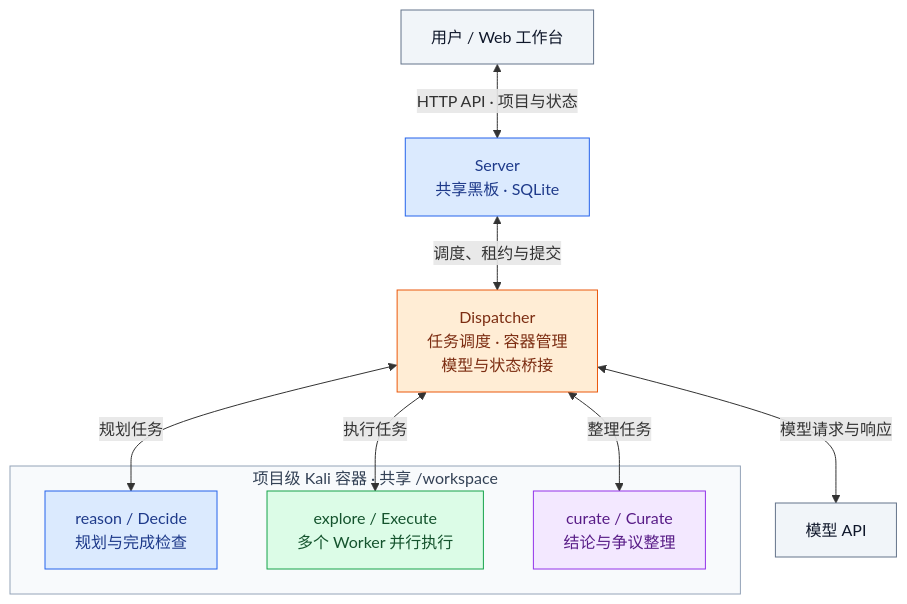
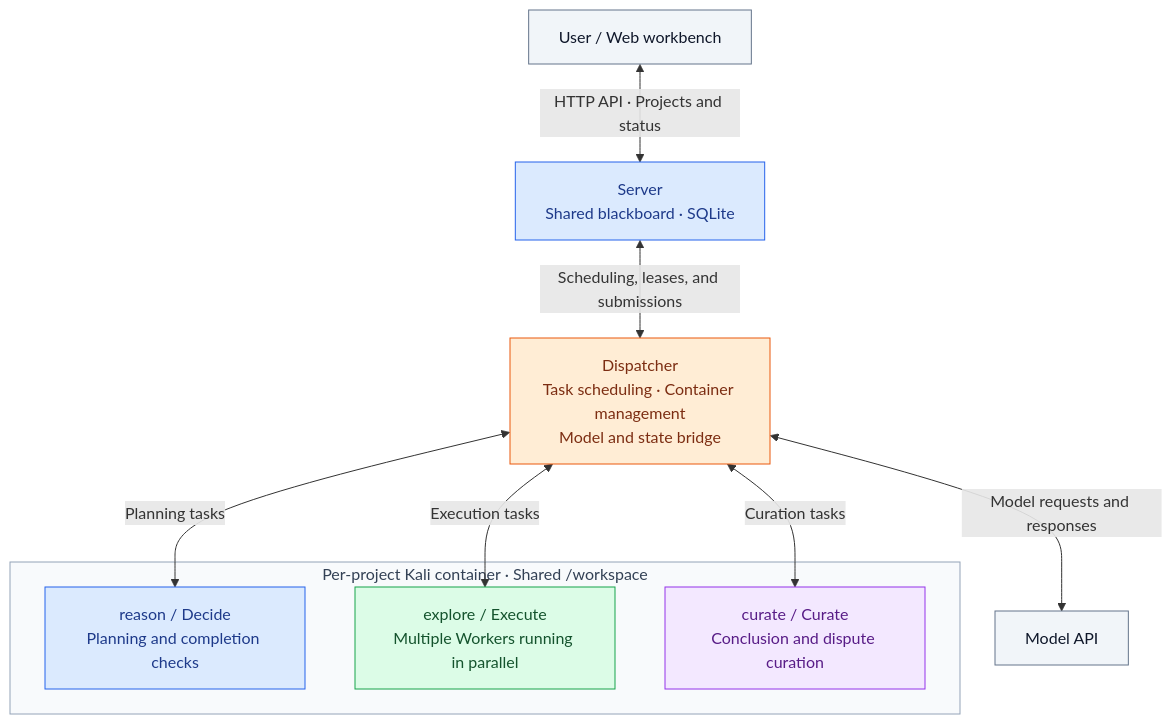
One commit to do-whilefor/PwnMesh changed the diagram in README.md. Above: the diagram before and after it, drawn with Mermaid. The commit also changed other lines of this file and 6 other files, not shown here.

````diff
--- a/README.md
+++ b/README.md
@@ -36,26 +36,26 @@
 ```mermaid
 flowchart TB
-    U["用户 / Web 工作台"] <-->|"HTTP API · 项目与状态"| S["Server<br/>共享黑板 · SQLite"]
-    S <-->|"调度、租约与提交"| D["Dispatcher<br/>任务调度 · 容器管理<br/>模型与状态桥接"]
-    D <-->|"模型请求与响应"| M["模型 API"]
-    subgraph P["项目级 Kali 容器 · 共享 /workspace"]
-        R["reason / Decide<br/>规划与完成检查"]
-        E["explore / Execute<br/>多个 Worker 并行执行"]
-        C["curate / Curate<br/>结论与争议整理"]
+    U["User / Web workbench"] <-->|"HTTP API · Projects and status"| S["Server<br/>Shared blackboard · SQLite"]
+    S <-->|"Scheduling, leases, and submissions"| D["Dispatcher<br/>Task scheduling · Container management<br/>Model and state bridge"]
+    D <-->|"Model requests and responses"| M["Model API"]
+    subgraph P["Per-project Kali container · Shared /workspace"]
+        R["reason / Decide<br/>Planning and completion checks"]
+        E["explore / Execute<br/>Multiple Workers running in parallel"]
+        C["curate / Curate<br/>Conclusion and dispute curation"]
     end
-    D <-->|"规划任务"| R
-    D <-->|"执行任务"| E
-    D <-->|"整理任务"| C
+    D <-->|"Planning tasks"| R
+    D <-->|"Execution tasks"| E
+    D <-->|"Curation tasks"| C
 
     classDef entry fill:#f1f5f9,stroke:#64748b,color:#0f172a
     classDef service fill:#dbeafe,stroke:#2563eb,color:#1e3a8a
     classDef dispatcher fill:#ffedd5,stroke:#ea580c,color:#7c2d12
     classDef execute fill:#dcfce7,stroke:#16a34a,color:#14532d
     classDef curate fill:#f3e8ff,stroke:#9333ea,color:#581c87
     class U,M entry
     class S,R service
     class D dispatcher
     class E execute
     class C curate
     style P fill:#f8fafc,stroke:#94a3b8,color:#334155
 ```
````
